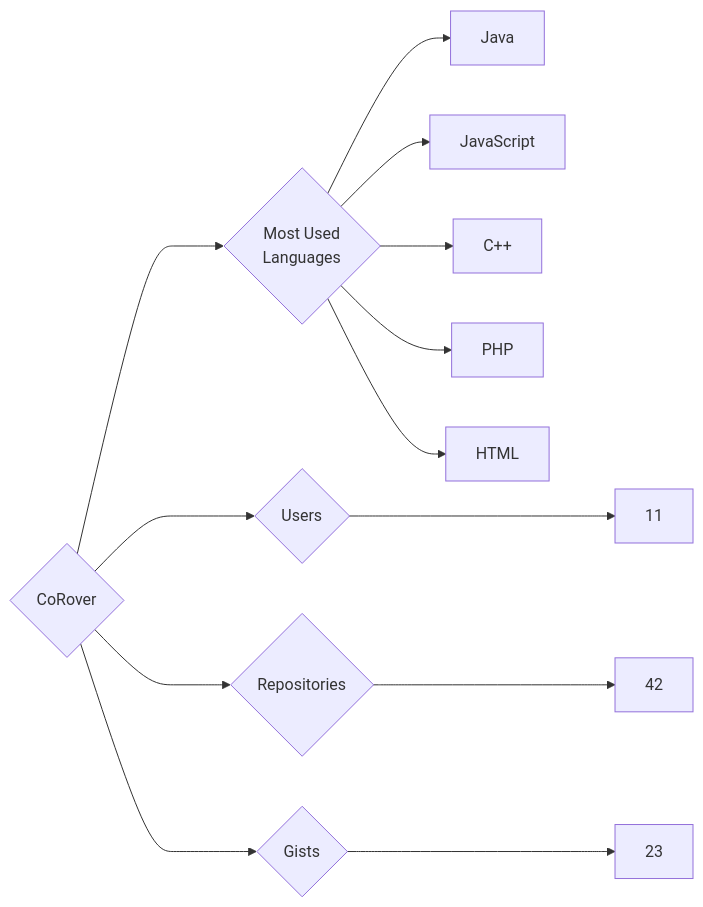
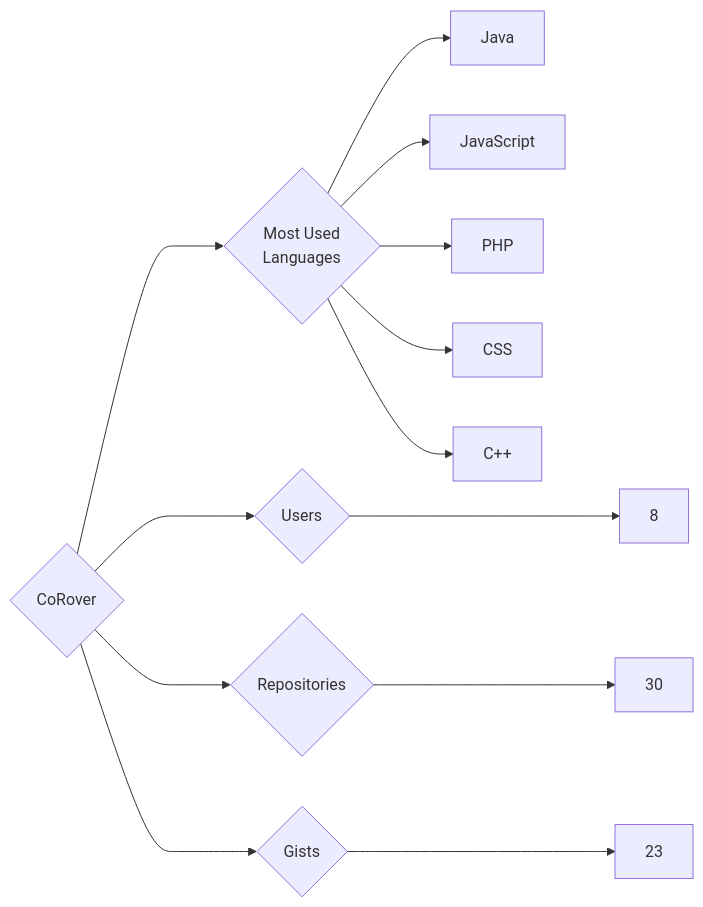
One commit to trickest/insiders changed the diagram in targets/CoRover/README.md. Above: the diagram before and after it, drawn with Mermaid. The commit also changed 1003 other files, not shown here.

````diff
--- a/targets/CoRover/README.md
+++ b/targets/CoRover/README.md
@@ -3,13 +3,13 @@
 ```mermaid
 graph LR
 COMPANY_NAME{CoRover}
-COMPANY_NAME ---> U{Users} ---> UN[11]
-COMPANY_NAME ---> R{Repositories} ---> RN[42]
+COMPANY_NAME ---> U{Users} ---> UN[8]
+COMPANY_NAME ---> R{Repositories} ---> RN[30]
 COMPANY_NAME ---> G{Gists} ---> GN[23]
 COMPANY_NAME ---> ML{Most Used<br>Languages}
 ML --> Java[Java]
 ML --> JavaScript[JavaScript]
+ML --> PHP[PHP]
+ML --> CSS[CSS]
 ML --> C++[C++]
-ML --> PHP[PHP]
-ML --> HTML[HTML]
 ```
````
